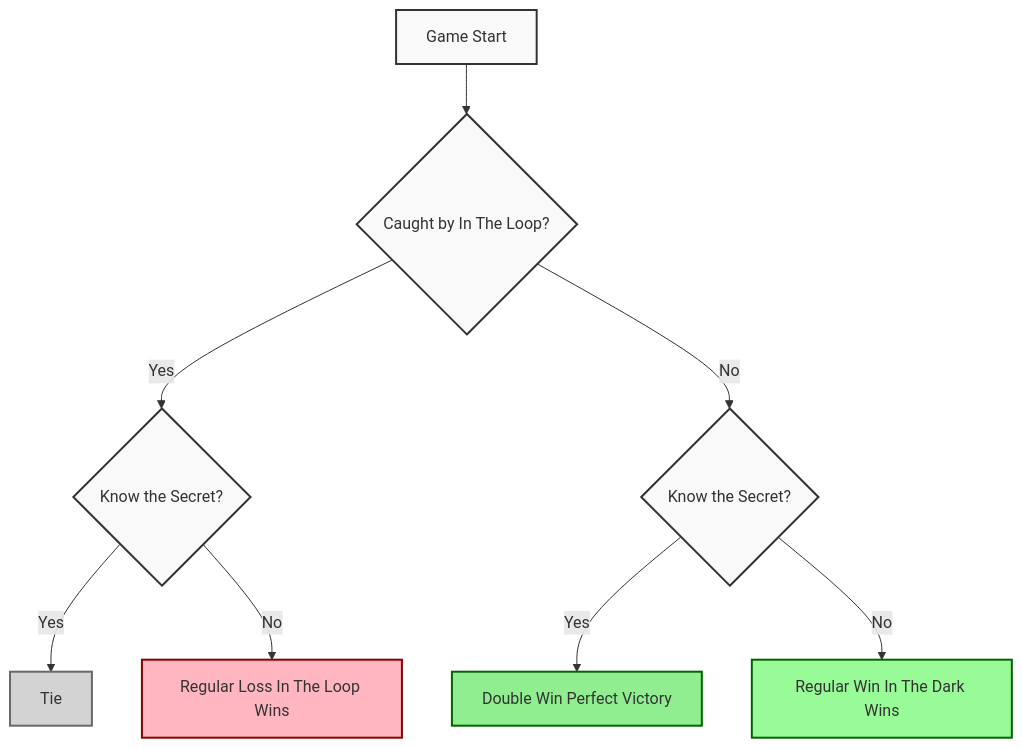
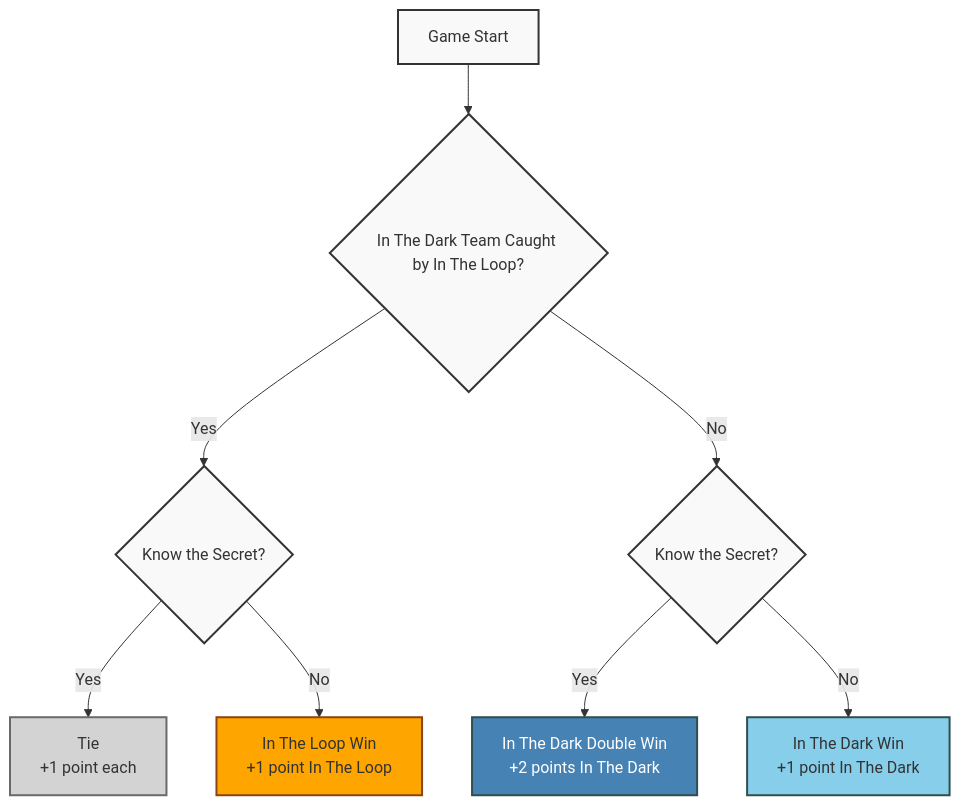
One commit to Nicolasara/in_the_dark changed the first of 2 diagrams in src/game-rules/README.md. Above: the diagram before and after it, drawn with Mermaid. The commit also changed other lines of this file and 1 other file, not shown here.

First line of the commit message:
Enhance game rules and terminology documentation for "In The Dark"

````diff
--- a/src/game-rules/README.md
+++ b/src/game-rules/README.md
@@ -40,20 +39,20 @@
 ```mermaid
 flowchart TD
-    Start[Game Start] --> Caught{Caught by In The Loop?}
+    Start[Game Start] --> Caught{In The Dark Team Caught by In The Loop?}
 
     Caught -->|Yes| KnowSecret1{Know the Secret?}
     Caught -->|No| KnowSecret2{Know the Secret?}
 
-    KnowSecret1 -->|Yes| Tie[Tie]
-    KnowSecret1 -->|No| RegularLoss[Regular Loss In The Loop Wins]
+    KnowSecret1 -->|Yes| Tie[Tie<br>+1 point each]
+    KnowSecret1 -->|No| InTheLoopWin[In The Loop Win<br>+1 point In The Loop]
 
-    KnowSecret2 -->|Yes| DoubleWin[Double Win Perfect Victory]
-    KnowSecret2 -->|No| RegularWin[Regular Win In The Dark Wins]
+    KnowSecret2 -->|Yes| InTheDarkDoubleWin[In The Dark Double Win<br>+2 points In The Dark]
+    KnowSecret2 -->|No| InTheDarkWin[In The Dark Win<br>+1 point In The Dark]
 
-    style DoubleWin fill:#90EE90,stroke:#006400,color:#333333
-    style RegularWin fill:#98FB98,stroke:#006400,color:#333333
-    style RegularLoss fill:#FFB6C1,stroke:#8B0000,color:#333333
+    style InTheDarkDoubleWin fill:#4682B4,stroke:#2F4F4F,color:#FFFFFF
+    style InTheDarkWin fill:#87CEEB,stroke:#2F4F4F,color:#333333
+    style InTheLoopWin fill:#FFA500,stroke:#8B4513,color:#333333
     style Tie fill:#D3D3D3,stroke:#696969,color:#333333
 
     classDef default fill:#f9f9f9,stroke:#333,stroke-width:2px,color:#333333;
 ```
````
